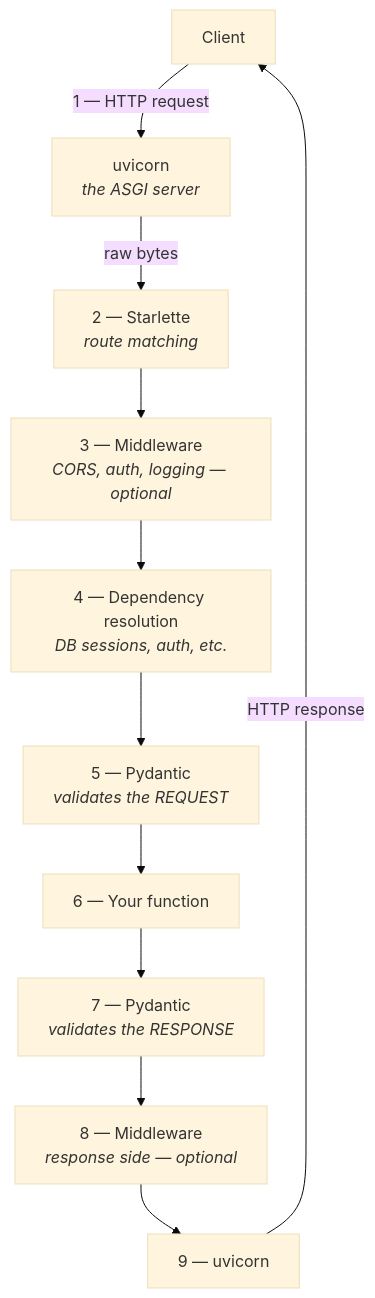
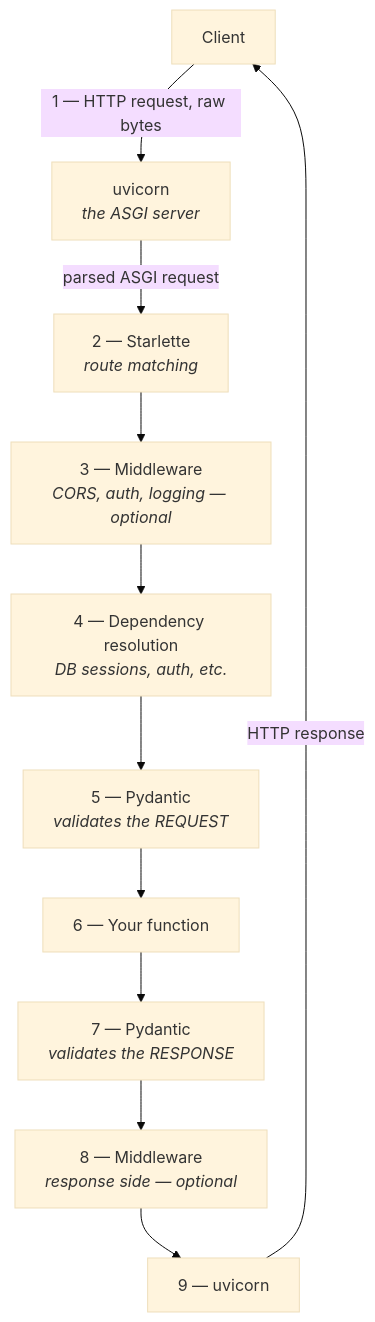
One commit to Dummy-Bug/system-design-handbook changed the first of 2 diagrams in AI-Engineering/00-Fast-API/notes/06-The-Request-Lifecycle.md. Above: the diagram before and after it, drawn with Mermaid (base theme). The commit also changed other lines of this file and 7 other files, not shown here.

````diff
--- a/AI-Engineering/00-Fast-API/notes/06-The-Request-Lifecycle.md
+++ b/AI-Engineering/00-Fast-API/notes/06-The-Request-Lifecycle.md
@@ -36,13 +36,13 @@
 ```mermaid
 flowchart TB
-    C["Client"] -->|"1 — HTTP request"| U1["uvicorn<br/><i>the ASGI server</i>"]
-    U1 -->|"raw bytes"| ST["2 — Starlette<br/><i>route matching</i>"]
+    C["Client"] -->|"1 — HTTP request, raw bytes"| U1["uvicorn<br/><i>the ASGI server</i>"]
+    U1 -->|"parsed ASGI request"| ST["2 — Starlette<br/><i>route matching</i>"]
     ST --> MW1["3 — Middleware<br/><i>CORS, auth, logging — optional</i>"]
     MW1 --> DI["4 — Dependency resolution<br/><i>DB sessions, auth, etc.</i>"]
     DI --> PV1["5 — Pydantic<br/><i>validates the REQUEST</i>"]
     PV1 --> FN["6 — Your function"]
     FN --> PV2["7 — Pydantic<br/><i>validates the RESPONSE</i>"]
     PV2 --> MW2["8 — Middleware<br/><i>response side — optional</i>"]
     MW2 --> U2["9 — uvicorn"]
     U2 -->|"HTTP response"| C
 ```
````
